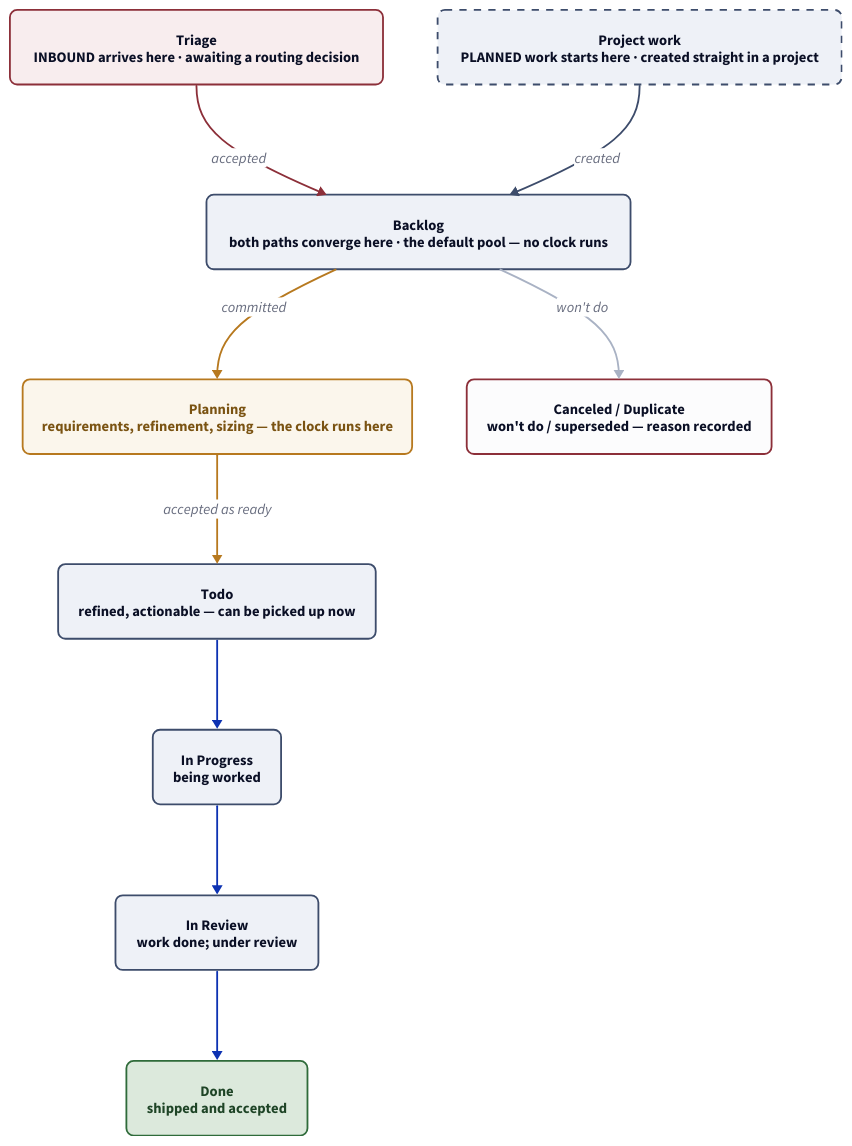
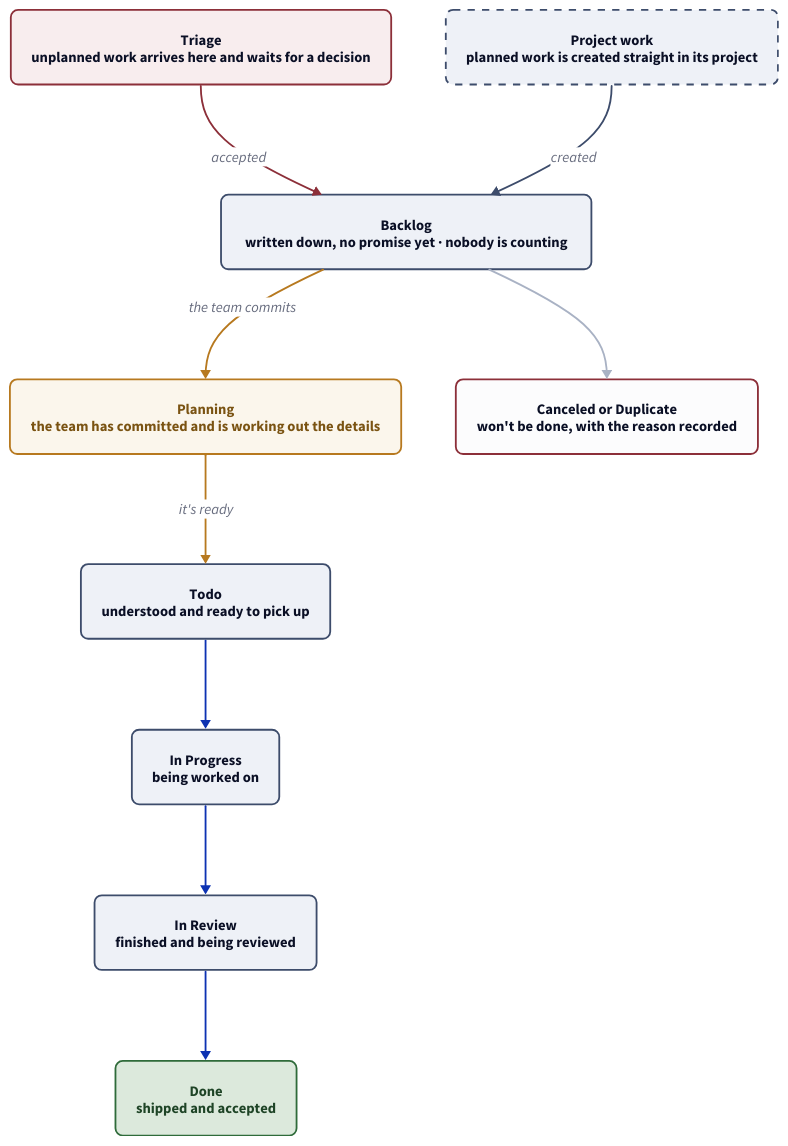
Before and after one commit to hungovercoders/linear-work-management: the diagram in docs/diagrams/issue-lifecycle.d2, drawn with D2. The commit also changed 15 other files, not shown here.

First line of the commit message:
docs(diagrams): redraw all eight in the guide's plain wording

```diff
--- a/docs/diagrams/issue-lifecycle.d2
+++ b/docs/diagrams/issue-lifecycle.d2
@@ -1,53 +1,53 @@
 # Issue lifecycle: how one issue moves from arrival to done.
 # Shown on the Issues overview page as a committed SVG (see `task diagrams`).
 # Companion to project-lifecycle.d2. Flat + acyclic so the layout stays a clean vertical spine.
 # Triage's five outcomes live on the Triage page (triage-outcomes.d2), not here.
 
 direction: down
 
 # ---- two entry points, converging on Backlog ----
 # Triage is a state (inbound waits here for a decision); Project work is not a
 # state, just where planned work enters — shown dashed to mark it an entry, not a state.
-triage: "Triage\nINBOUND arrives here · awaiting a routing decision" {
+triage: "Triage\nunplanned work arrives here and waits for a decision" {
   style: {fill: "#F8EDEE"; stroke: "#8C2F39"; border-radius: 8; bold: true}
 }
-projectwork: "Project work\nPLANNED work starts here · created straight in a project" {
+projectwork: "Project work\nplanned work is created straight in its project" {
   style: {fill: "#EEF1F7"; stroke: "#3D4C6B"; stroke-dash: 4; border-radius: 8; bold: true}
 }
 
 # ---- backlog: where both paths converge; the unmeasured pool ----
-backlog: "Backlog\nboth paths converge here · the default pool — no clock runs" {
+backlog: "Backlog\nwritten down, no promise yet · nobody is counting" {
   style: {fill: "#EEF1F7"; stroke: "#3D4C6B"; border-radius: 8; bold: true}
 }
 
 # ---- planning: committed to work up; the clock runs here ----
-planning: "Planning\nrequirements, refinement, sizing — the clock runs here" {
+planning: "Planning\nthe team has committed and is working out the details" {
   style: {fill: "#FBF6EC"; stroke: "#B7791F"; border-radius: 8; bold: true; font-color: "#7A5312"}
 }
 
 # ---- ready and moving ----
-todo: "Todo\nrefined, actionable — can be picked up now" {
+todo: "Todo\nunderstood and ready to pick up" {
   style: {fill: "#EEF1F7"; stroke: "#3D4C6B"; border-radius: 8; bold: true}
 }
-inprogress: "In Progress\nbeing worked" {
+inprogress: "In Progress\nbeing worked on" {
   style: {fill: "#EEF1F7"; stroke: "#3D4C6B"; border-radius: 8; bold: true}
 }
-inreview: "In Review\nwork done; under review" {
+inreview: "In Review\nfinished and being reviewed" {
   style: {fill: "#EEF1F7"; stroke: "#3D4C6B"; border-radius: 8; bold: true}
 }
 
 # ---- closed ----
 done: "Done\nshipped and accepted" {
   style: {fill: "#DCE9DC"; stroke: "#2F6B3A"; border-radius: 8; bold: true; font-color: "#1E4426"}
 }
-dropped: "Canceled / Duplicate\nwon't do / superseded — reason recorded" {
+dropped: "Canceled or Duplicate\nwon't be done, with the reason recorded" {
   style: {fill: "#FCFCFD"; stroke: "#8C2F39"; border-radius: 8}
 }
 
 # ---- the spine (acyclic, top-to-bottom) ----
 triage -> backlog: accepted {style.stroke: "#8C2F39"}
 projectwork -> backlog: created {style.stroke: "#3D4C6B"}
-backlog -> planning: committed {style.stroke: "#B7791F"}
-planning -> todo: accepted as ready {style.stroke: "#B7791F"}
+backlog -> planning: the team commits {style.stroke: "#B7791F"}
+planning -> todo: it's ready {style.stroke: "#B7791F"}
 todo -> inprogress -> inreview -> done
-backlog -> dropped: won't do {style.stroke: "#A9B2C4"}
+backlog -> dropped {style.stroke: "#A9B2C4"}
```
